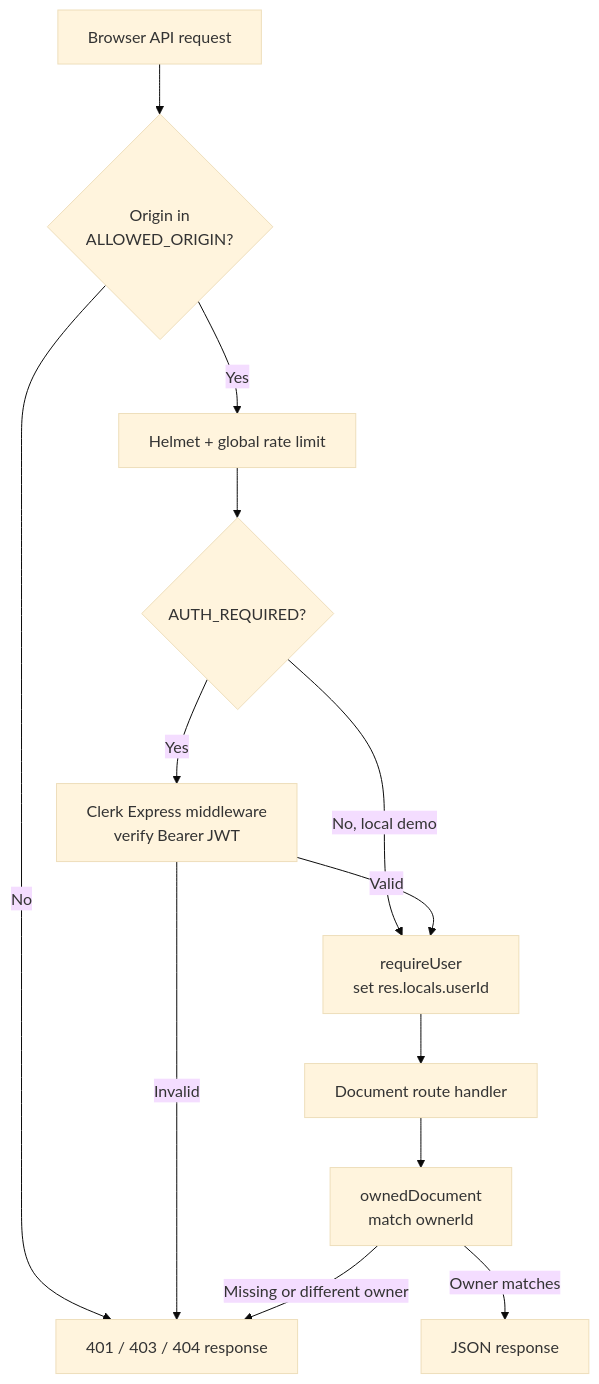
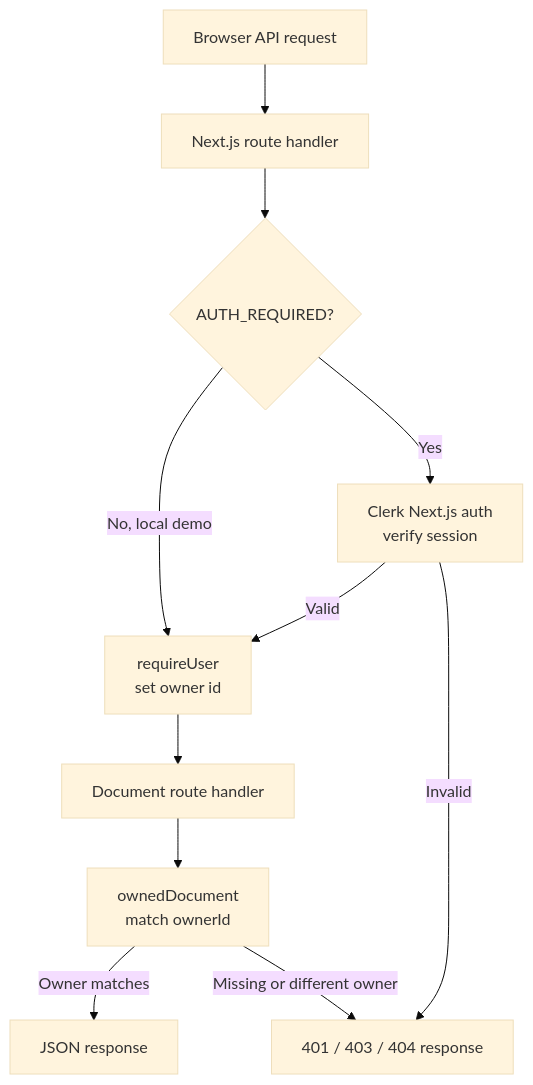
Before and after one commit to Amansingh0807/Murdock: the third of 4 diagrams in README.md, drawn with Mermaid (base theme). The commit also changed other lines of this file, not shown here.

Commit message:
docs: update unified Vercel architecture

````diff
--- a/README.md
+++ b/README.md
@@ -122,24 +121,21 @@
 ```mermaid
 flowchart TD
   Request[Browser API request]
-  Cors{Origin in<br/>ALLOWED_ORIGIN?}
-  Security[Helmet + global rate limit]
+  Security[Next.js route handler]
   Auth{AUTH_REQUIRED?}
-  ClerkAuth[Clerk Express middleware<br/>verify Bearer JWT]
-  Owner[requireUser<br/>set res.locals.userId]
+  ClerkAuth[Clerk Next.js auth<br/>verify session]
+  Owner[requireUser<br/>set owner id]
   Route[Document route handler]
   Check[ownedDocument\nmatch ownerId]
   Response[JSON response]
   Reject[401 / 403 / 404 response]
 
-  Request --> Cors
-  Cors -->|No| Reject
-  Cors -->|Yes| Security --> Auth
+  Request --> Security --> Auth
   Auth -->|No, local demo| Owner
   Auth -->|Yes| ClerkAuth
   ClerkAuth -->|Valid| Owner
   ClerkAuth -->|Invalid| Reject
   Owner --> Route --> Check
   Check -->|Owner matches| Response
   Check -->|Missing or different owner| Reject
 ```
````
